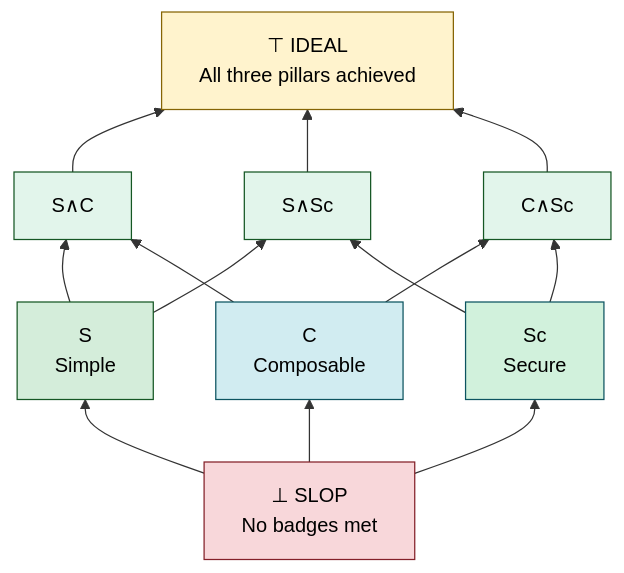
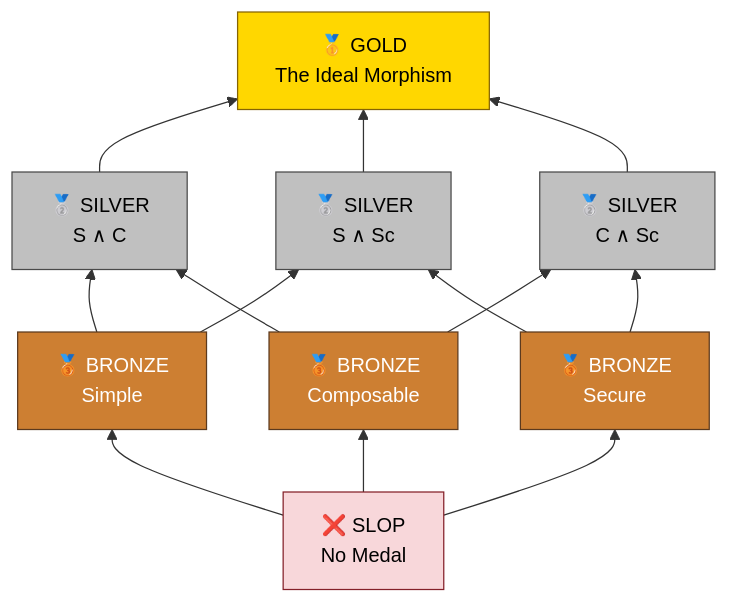
The diagram in README.md (Krv-Labs/topos), drawn with Mermaid before and after one commit. The commit also changed other lines of this file and 8 other files, not shown here.

````diff
--- a/README.md
+++ b/README.md
@@ -26,33 +26,33 @@
 ```mermaid
 graph BT
-    SLOP["⊥ SLOP<br/> No badges met"]
-    SIMPLE["S<br/>Simple"]
-    COMPOSABLE["C<br/>Composable"]
-    SECURE["Sc<br/>Secure"]
-    SC["S∧C"]
-    SSc["S∧Sc"]
-    CSc["C∧Sc"]
-    IDEAL["⊤ IDEAL<br/> All three pillars achieved"]
+    SLOP["❌ SLOP<br/>No Medal"]
+    SIMPLE["🥉 BRONZE<br/>Simple"]
+    COMPOSABLE["🥉 BRONZE<br/>Composable"]
+    SECURE["🥉 BRONZE<br/>Secure"]
+    SC["🥈 SILVER<br/>S ∧ C"]
+    SSc["🥈 SILVER<br/>S ∧ Sc"]
+    CSc["🥈 SILVER<br/>C ∧ Sc"]
+    IDEAL["🥇 GOLD<br/>The Ideal Morphism"]
 
     SLOP --> SIMPLE
     SLOP --> COMPOSABLE
     SLOP --> SECURE
     SIMPLE --> SC
     SIMPLE --> SSc
     COMPOSABLE --> SC
     COMPOSABLE --> CSc
     SECURE --> SSc
     SECURE --> CSc
     SC --> IDEAL
     SSc --> IDEAL
     CSc --> IDEAL
 
     style SLOP       fill:#f8d7da,stroke:#842029,color:#000
-    style SIMPLE     fill:#d4edda,stroke:#155724,color:#000
-    style COMPOSABLE fill:#d1ecf1,stroke:#0c5460,color:#000
-    style SECURE     fill:#d1f1dc,stroke:#0c5460,color:#000
-    style SC         fill:#e2f5eb,stroke:#155724,color:#000
-    style SSc        fill:#e2f5eb,stroke:#155724,color:#000
-    style CSc        fill:#e2f5eb,stroke:#155724,color:#000
-    style IDEAL      fill:#fff3cd,stroke:#856404,color:#000
+    style SIMPLE     fill:#cd7f32,stroke:#5c3a1e,color:#fff
+    style COMPOSABLE fill:#cd7f32,stroke:#5c3a1e,color:#fff
+    style SECURE     fill:#cd7f32,stroke:#5c3a1e,color:#fff
+    style SC         fill:#c0c0c0,stroke:#4a4a4a,color:#000
+    style SSc        fill:#c0c0c0,stroke:#4a4a4a,color:#000
+    style CSc        fill:#c0c0c0,stroke:#4a4a4a,color:#000
+    style IDEAL      fill:#ffd700,stroke:#856404,color:#000
 ```
````
